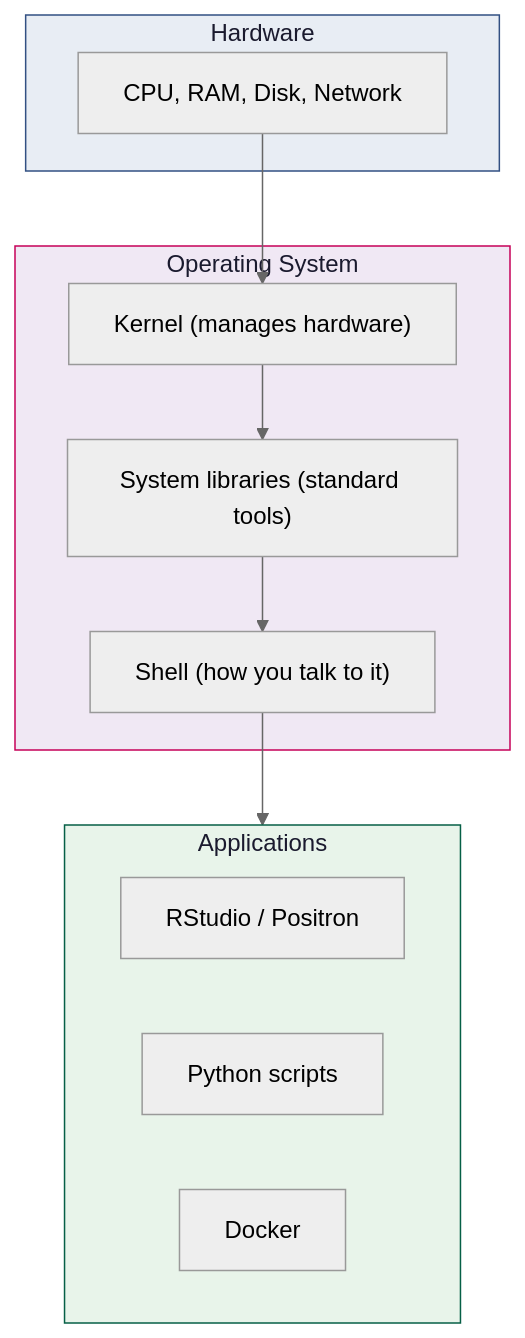
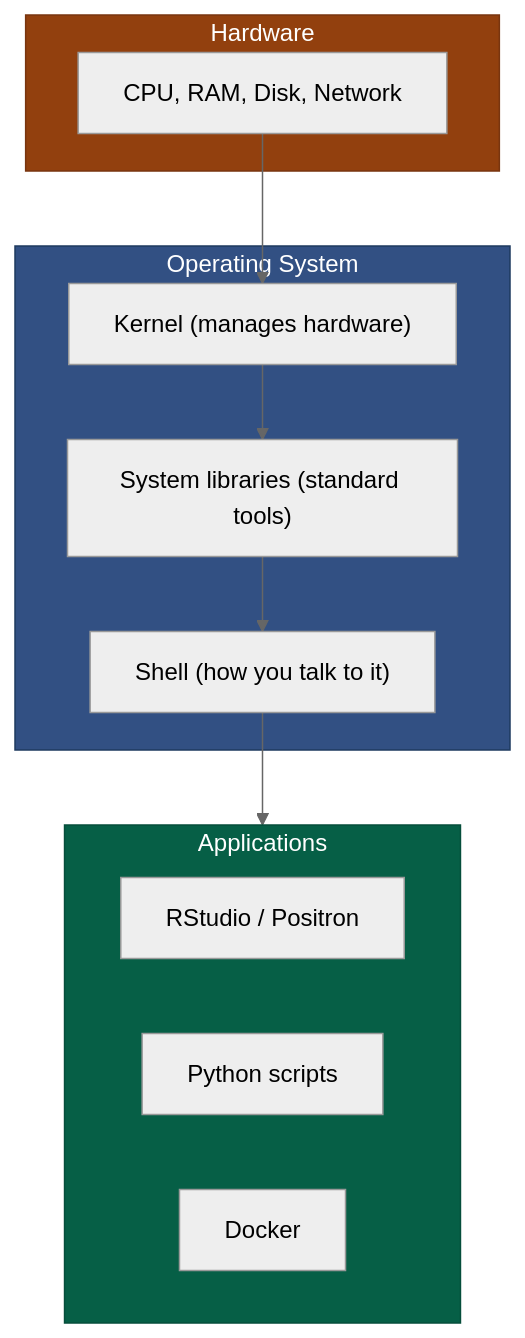
Before and after one commit to Ch3w3y/docker_gcp: the first of 2 diagrams in docs/what-is-linux.md, drawn with Mermaid (neutral theme). The commit also changed other lines of this file, not shown here.

Commit message:
fix(docs): fix Mermaid text contrast on what-is-linux page
Replace pastel fills (unreliable SVG text colour) with dark brand fills
and white text on explicitly styled nodes. Remove explicit styles from
HOME and MNT nodes so global CSS handles them (white fill, dark text).

````diff
--- a/docs/what-is-linux.md
+++ b/docs/what-is-linux.md
@@ -17,24 +17,24 @@
 ```mermaid
 flowchart TD
     subgraph Hardware
         H["CPU, RAM, Disk, Network"]
     end
 
     subgraph OS["Operating System"]
         K["Kernel (manages hardware)"]
         L["System libraries (standard tools)"]
         S["Shell (how you talk to it)"]
     end
 
     subgraph Apps["Applications"]
         R["RStudio / Positron"]
         P["Python scripts"]
         D["Docker"]
     end
 
     H --> K --> L --> S
     S --> Apps
-    style Hardware fill:#e8edf4,stroke:#325083,color:#1a1a2e
-    style OS fill:#f0e8f4,stroke:#c60158,color:#1a1a2e
-    style Apps fill:#e8f4ea,stroke:#065f46,color:#1a1a2e
+    style Hardware fill:#92400e,stroke:#78350f,color:#ffffff
+    style OS fill:#325083,stroke:#1e3a5f,color:#ffffff
+    style Apps fill:#065f46,stroke:#064e3b,color:#ffffff
 ```
````
